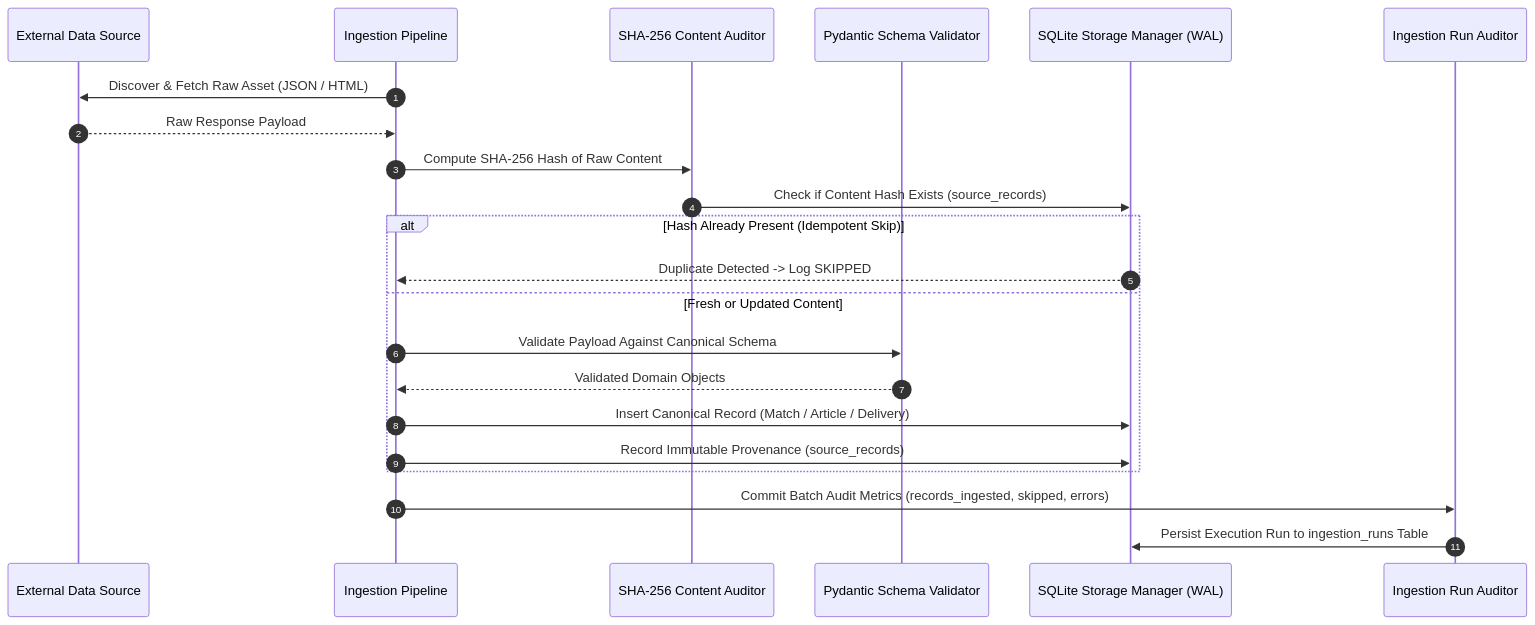
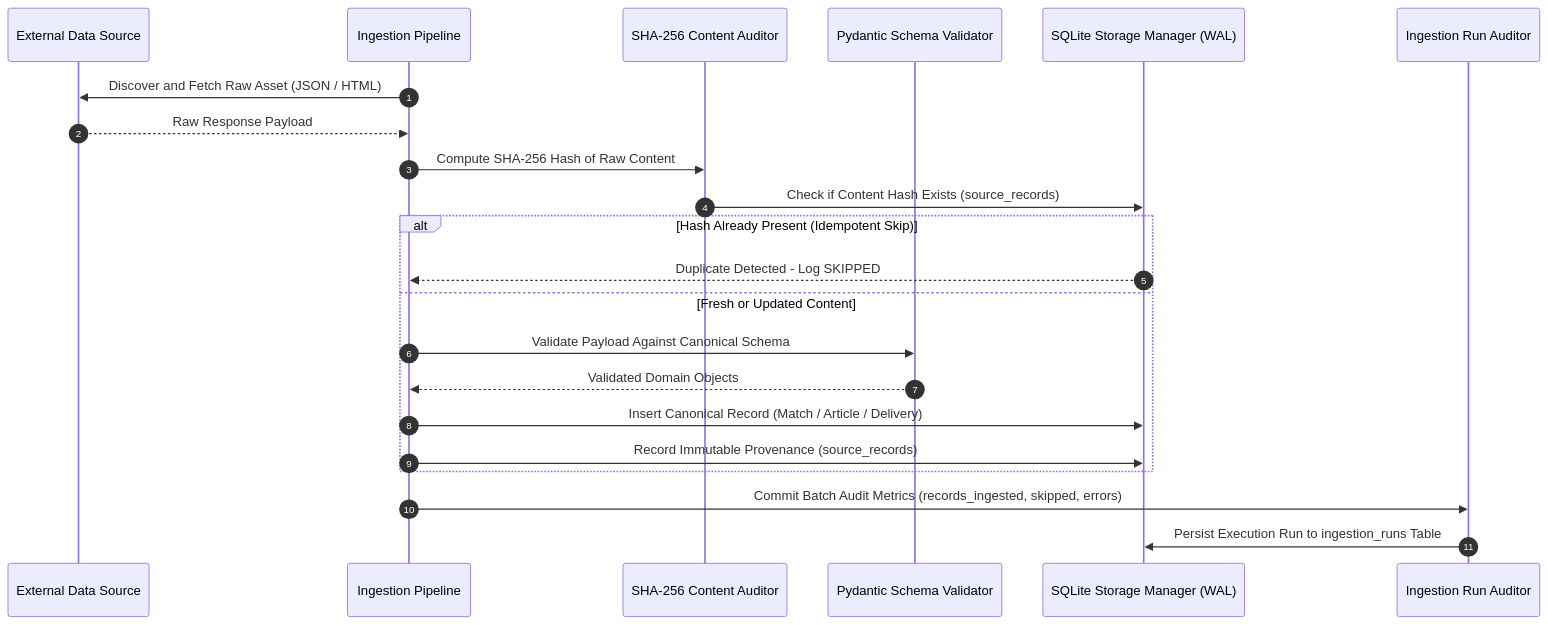
The second of 7 diagrams in README.md (Ritesh-panda/T20-Cricket-Intelligence-Platform), drawn with Mermaid before and after one commit. The commit also changed other lines of this file, not shown here.

Commit message:
docs(readme): fix GitHub Mermaid syntax errors across all architectural diagrams

````diff
--- a/README.md
+++ b/README.md
@@ -107,25 +107,25 @@
 ```mermaid
 sequenceDiagram
     autonumber
     participant SRC as External Data Source
     participant INGEST as Ingestion Pipeline
     participant SHA as SHA-256 Content Auditor
     participant SCHEMA as Pydantic Schema Validator
     participant DB as SQLite Storage Manager (WAL)
     participant RUN as Ingestion Run Auditor
 
-    INGEST->>SRC: Discover & Fetch Raw Asset (JSON / HTML)
+    INGEST->>SRC: Discover and Fetch Raw Asset (JSON / HTML)
     SRC-->>INGEST: Raw Response Payload
     INGEST->>SHA: Compute SHA-256 Hash of Raw Content
     SHA->>DB: Check if Content Hash Exists (source_records)
     alt Hash Already Present (Idempotent Skip)
-        DB-->>INGEST: Duplicate Detected -> Log SKIPPED
+        DB-->>INGEST: Duplicate Detected - Log SKIPPED
     else Fresh or Updated Content
         INGEST->>SCHEMA: Validate Payload Against Canonical Schema
         SCHEMA-->>INGEST: Validated Domain Objects
         INGEST->>DB: Insert Canonical Record (Match / Article / Delivery)
         INGEST->>DB: Record Immutable Provenance (source_records)
     end
     INGEST->>RUN: Commit Batch Audit Metrics (records_ingested, skipped, errors)
     RUN->>DB: Persist Execution Run to ingestion_runs Table
 ```
````
